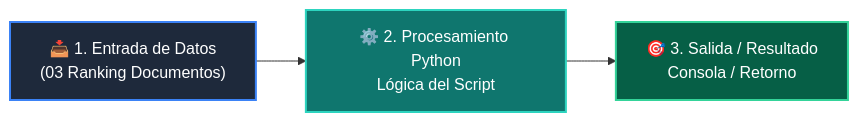
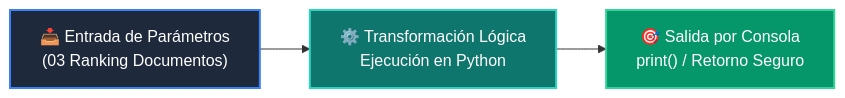
One commit to wisrovi/wisrovi-python changed the diagram in 03-agentes-ia/clase-05-embeddings-y-bases-vectoriales/ejemplos/ejemplo_03_ranking_documentos/README.md. Above: the diagram before and after it, drawn with Mermaid. The commit also changed other lines of this file and 226 other files, not shown here.

Commit message:
docs: elevate all repository READMEs to world-class mastery standard with rich pedagogical architecture, custom Mermaids, and professional styling

````diff
--- a/03-agentes-ia/clase-05-embeddings-y-bases-vectoriales/ejemplos/ejemplo_03_ranking_documentos/README.md
+++ b/03-agentes-ia/clase-05-embeddings-y-bases-vectoriales/ejemplos/ejemplo_03_ranking_documentos/README.md
@@ -12,9 +19,9 @@
 ```mermaid
 flowchart LR
-    A["📥 1. Entrada de Datos<br/>(03 Ranking Documentos)"] --> B["⚙️ 2. Procesamiento Python<br/>Lógica del Script"]
-    B --> C["🎯 3. Salida / Resultado<br/>Consola / Retorno"]
+    A["📥 Entrada de Parámetros<br/>(03 Ranking Documentos)"] --> B["⚙️ Transformación Lógica<br/>Ejecución en Python"]
+    B --> C["🎯 Salida por Consola<br/>print() / Retorno Seguro"]
 
-    style A fill:#1e293b,color:#fff,stroke:#3b82f6,stroke-width:2px
-    style B fill:#0f766e,color:#fff,stroke:#2dd4bf,stroke-width:2px
-    style C fill:#065f46,color:#fff,stroke:#34d399,stroke-width:2px
+    style A fill:#1e293b,color:#ffffff,stroke:#3b82f6,stroke-width:2px
+    style B fill:#0f766e,color:#ffffff,stroke:#2dd4bf,stroke-width:2px
+    style C fill:#059669,color:#ffffff,stroke:#34d399,stroke-width:2px
 ```
````
